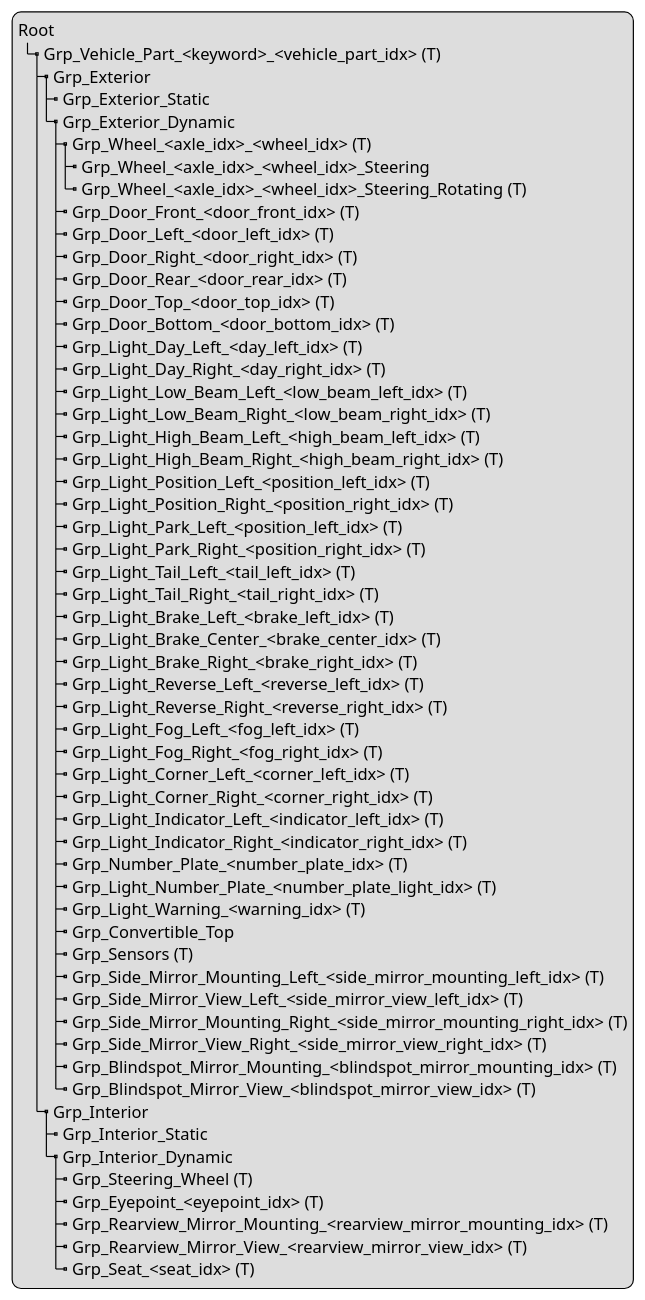
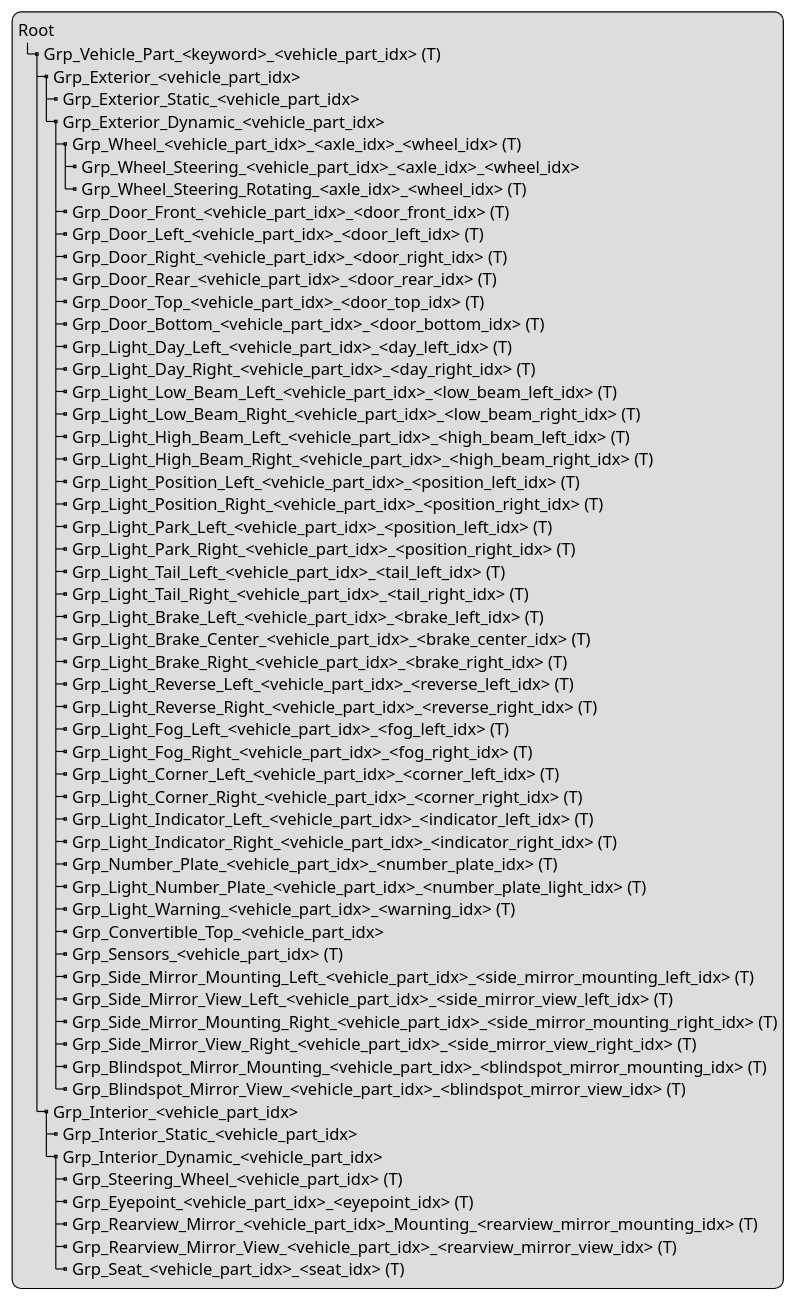
Before and after one commit to asam-ev/OpenMATERIAL: the diagram in content/geometry/object-vehicle/vehicle-structure-model-structure.adoc, drawn with PlantUML. The commit also changed other lines of this file, not shown here.

Commit message:
Add vehicle part index to all nodes

```diff
--- a/content/geometry/object-vehicle/vehicle-structure-model-structure.adoc
+++ b/content/geometry/object-vehicle/vehicle-structure-model-structure.adoc
@@ -5,61 +5,61 @@
 [plantuml]
 ----
 legend
 Root
 |_ Grp_Vehicle_Part_<keyword>_<vehicle_part_idx> (T)
-  |_ Grp_Exterior
-    |_ Grp_Exterior_Static
-    |_ Grp_Exterior_Dynamic
-      |_ Grp_Wheel_<axle_idx>_<wheel_idx> (T)
-        |_ Grp_Wheel_<axle_idx>_<wheel_idx>_Steering
-        |_ Grp_Wheel_<axle_idx>_<wheel_idx>_Steering_Rotating (T)
-      |_ Grp_Door_Front_<door_front_idx> (T)
-      |_ Grp_Door_Left_<door_left_idx> (T)
-      |_ Grp_Door_Right_<door_right_idx> (T)
-      |_ Grp_Door_Rear_<door_rear_idx> (T)
-      |_ Grp_Door_Top_<door_top_idx> (T)
-      |_ Grp_Door_Bottom_<door_bottom_idx> (T)
-      |_ Grp_Light_Day_Left_<day_left_idx> (T)
-      |_ Grp_Light_Day_Right_<day_right_idx> (T)
-      |_ Grp_Light_Low_Beam_Left_<low_beam_left_idx> (T)
-      |_ Grp_Light_Low_Beam_Right_<low_beam_right_idx> (T)
-      |_ Grp_Light_High_Beam_Left_<high_beam_left_idx> (T)
-      |_ Grp_Light_High_Beam_Right_<high_beam_right_idx> (T)
-      |_ Grp_Light_Position_Left_<position_left_idx> (T)
-      |_ Grp_Light_Position_Right_<position_right_idx> (T)
-      |_ Grp_Light_Park_Left_<position_left_idx> (T)
-      |_ Grp_Light_Park_Right_<position_right_idx> (T)
-      |_ Grp_Light_Tail_Left_<tail_left_idx> (T)
-      |_ Grp_Light_Tail_Right_<tail_right_idx> (T)
-      |_ Grp_Light_Brake_Left_<brake_left_idx> (T)
-      |_ Grp_Light_Brake_Center_<brake_center_idx> (T)
-      |_ Grp_Light_Brake_Right_<brake_right_idx> (T)
-      |_ Grp_Light_Reverse_Left_<reverse_left_idx> (T)
-      |_ Grp_Light_Reverse_Right_<reverse_right_idx> (T)
-      |_ Grp_Light_Fog_Left_<fog_left_idx> (T)
-      |_ Grp_Light_Fog_Right_<fog_right_idx> (T)
-      |_ Grp_Light_Corner_Left_<corner_left_idx> (T)
-      |_ Grp_Light_Corner_Right_<corner_right_idx> (T)
-      |_ Grp_Light_Indicator_Left_<indicator_left_idx> (T)
-      |_ Grp_Light_Indicator_Right_<indicator_right_idx> (T)
-      |_ Grp_Number_Plate_<number_plate_idx> (T)
-      |_ Grp_Light_Number_Plate_<number_plate_light_idx> (T)
-      |_ Grp_Light_Warning_<warning_idx> (T)
-      |_ Grp_Convertible_Top
-      |_ Grp_Sensors (T)
-      |_ Grp_Side_Mirror_Mounting_Left_<side_mirror_mounting_left_idx> (T)
-      |_ Grp_Side_Mirror_View_Left_<side_mirror_view_left_idx> (T)
-      |_ Grp_Side_Mirror_Mounting_Right_<side_mirror_mounting_right_idx> (T)
-      |_ Grp_Side_Mirror_View_Right_<side_mirror_view_right_idx> (T)
-      |_ Grp_Blindspot_Mirror_Mounting_<blindspot_mirror_mounting_idx> (T)
-      |_ Grp_Blindspot_Mirror_View_<blindspot_mirror_view_idx> (T)
-  |_ Grp_Interior
-    |_ Grp_Interior_Static
-    |_ Grp_Interior_Dynamic
-      |_ Grp_Steering_Wheel (T)
-      |_ Grp_Eyepoint_<eyepoint_idx> (T)
-      |_ Grp_Rearview_Mirror_Mounting_<rearview_mirror_mounting_idx> (T)
-      |_ Grp_Rearview_Mirror_View_<rearview_mirror_view_idx> (T)
-      |_ Grp_Seat_<seat_idx> (T)
+  |_ Grp_Exterior_<vehicle_part_idx>
+    |_ Grp_Exterior_Static_<vehicle_part_idx>
+    |_ Grp_Exterior_Dynamic_<vehicle_part_idx>
+      |_ Grp_Wheel_<vehicle_part_idx>_<axle_idx>_<wheel_idx> (T)
+        |_ Grp_Wheel_Steering_<vehicle_part_idx>_<axle_idx>_<wheel_idx>
+        |_ Grp_Wheel_Steering_Rotating_<axle_idx>_<wheel_idx> (T)
+      |_ Grp_Door_Front_<vehicle_part_idx>_<door_front_idx> (T)
+      |_ Grp_Door_Left_<vehicle_part_idx>_<door_left_idx> (T)
+      |_ Grp_Door_Right_<vehicle_part_idx>_<door_right_idx> (T)
+      |_ Grp_Door_Rear_<vehicle_part_idx>_<door_rear_idx> (T)
+      |_ Grp_Door_Top_<vehicle_part_idx>_<door_top_idx> (T)
+      |_ Grp_Door_Bottom_<vehicle_part_idx>_<door_bottom_idx> (T)
+      |_ Grp_Light_Day_Left_<vehicle_part_idx>_<day_left_idx> (T)
+      |_ Grp_Light_Day_Right_<vehicle_part_idx>_<day_right_idx> (T)
+      |_ Grp_Light_Low_Beam_Left_<vehicle_part_idx>_<low_beam_left_idx> (T)
+      |_ Grp_Light_Low_Beam_Right_<vehicle_part_idx>_<low_beam_right_idx> (T)
+      |_ Grp_Light_High_Beam_Left_<vehicle_part_idx>_<high_beam_left_idx> (T)
+      |_ Grp_Light_High_Beam_Right_<vehicle_part_idx>_<high_beam_right_idx> (T)
+      |_ Grp_Light_Position_Left_<vehicle_part_idx>_<position_left_idx> (T)
+      |_ Grp_Light_Position_Right_<vehicle_part_idx>_<position_right_idx> (T)
+      |_ Grp_Light_Park_Left_<vehicle_part_idx>_<position_left_idx> (T)
+      |_ Grp_Light_Park_Right_<vehicle_part_idx>_<position_right_idx> (T)
+      |_ Grp_Light_Tail_Left_<vehicle_part_idx>_<tail_left_idx> (T)
+      |_ Grp_Light_Tail_Right_<vehicle_part_idx>_<tail_right_idx> (T)
+      |_ Grp_Light_Brake_Left_<vehicle_part_idx>_<brake_left_idx> (T)
+      |_ Grp_Light_Brake_Center_<vehicle_part_idx>_<brake_center_idx> (T)
+      |_ Grp_Light_Brake_Right_<vehicle_part_idx>_<brake_right_idx> (T)
+      |_ Grp_Light_Reverse_Left_<vehicle_part_idx>_<reverse_left_idx> (T)
+      |_ Grp_Light_Reverse_Right_<vehicle_part_idx>_<reverse_right_idx> (T)
+      |_ Grp_Light_Fog_Left_<vehicle_part_idx>_<fog_left_idx> (T)
+      |_ Grp_Light_Fog_Right_<vehicle_part_idx>_<fog_right_idx> (T)
+      |_ Grp_Light_Corner_Left_<vehicle_part_idx>_<corner_left_idx> (T)
+      |_ Grp_Light_Corner_Right_<vehicle_part_idx>_<corner_right_idx> (T)
+      |_ Grp_Light_Indicator_Left_<vehicle_part_idx>_<indicator_left_idx> (T)
+      |_ Grp_Light_Indicator_Right_<vehicle_part_idx>_<indicator_right_idx> (T)
+      |_ Grp_Number_Plate_<vehicle_part_idx>_<number_plate_idx> (T)
+      |_ Grp_Light_Number_Plate_<vehicle_part_idx>_<number_plate_light_idx> (T)
+      |_ Grp_Light_Warning_<vehicle_part_idx>_<warning_idx> (T)
+      |_ Grp_Convertible_Top_<vehicle_part_idx>
+      |_ Grp_Sensors_<vehicle_part_idx> (T)
+      |_ Grp_Side_Mirror_Mounting_Left_<vehicle_part_idx>_<side_mirror_mounting_left_idx> (T)
+      |_ Grp_Side_Mirror_View_Left_<vehicle_part_idx>_<side_mirror_view_left_idx> (T)
+      |_ Grp_Side_Mirror_Mounting_Right_<vehicle_part_idx>_<side_mirror_mounting_right_idx> (T)
+      |_ Grp_Side_Mirror_View_Right_<vehicle_part_idx>_<side_mirror_view_right_idx> (T)
+      |_ Grp_Blindspot_Mirror_Mounting_<vehicle_part_idx>_<blindspot_mirror_mounting_idx> (T)
+      |_ Grp_Blindspot_Mirror_View_<vehicle_part_idx>_<blindspot_mirror_view_idx> (T)
+  |_ Grp_Interior_<vehicle_part_idx>
+    |_ Grp_Interior_Static_<vehicle_part_idx>
+    |_ Grp_Interior_Dynamic_<vehicle_part_idx>
+      |_ Grp_Steering_Wheel_<vehicle_part_idx> (T)
+      |_ Grp_Eyepoint_<vehicle_part_idx>_<eyepoint_idx> (T)
+      |_ Grp_Rearview_Mirror_<vehicle_part_idx>_Mounting_<rearview_mirror_mounting_idx> (T)
+      |_ Grp_Rearview_Mirror_View_<vehicle_part_idx>_<rearview_mirror_view_idx> (T)
+      |_ Grp_Seat_<vehicle_part_idx>_<seat_idx> (T)
 end legend
 ----
```
